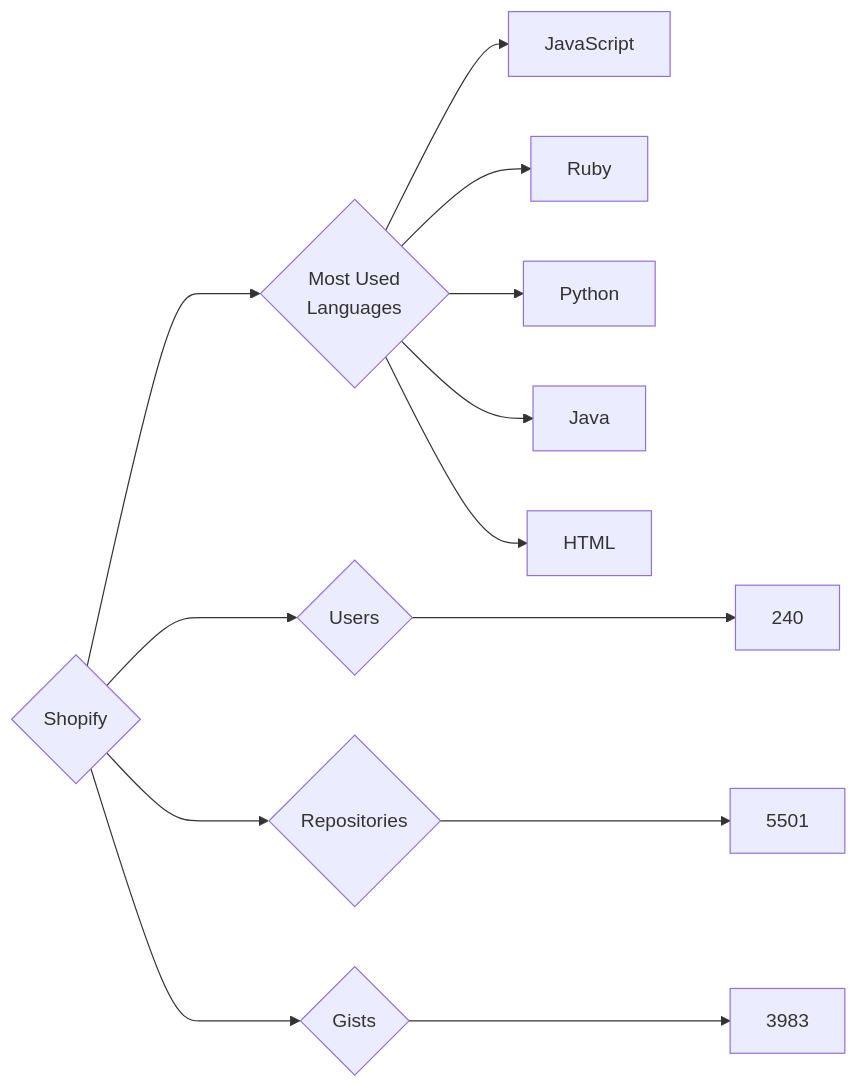
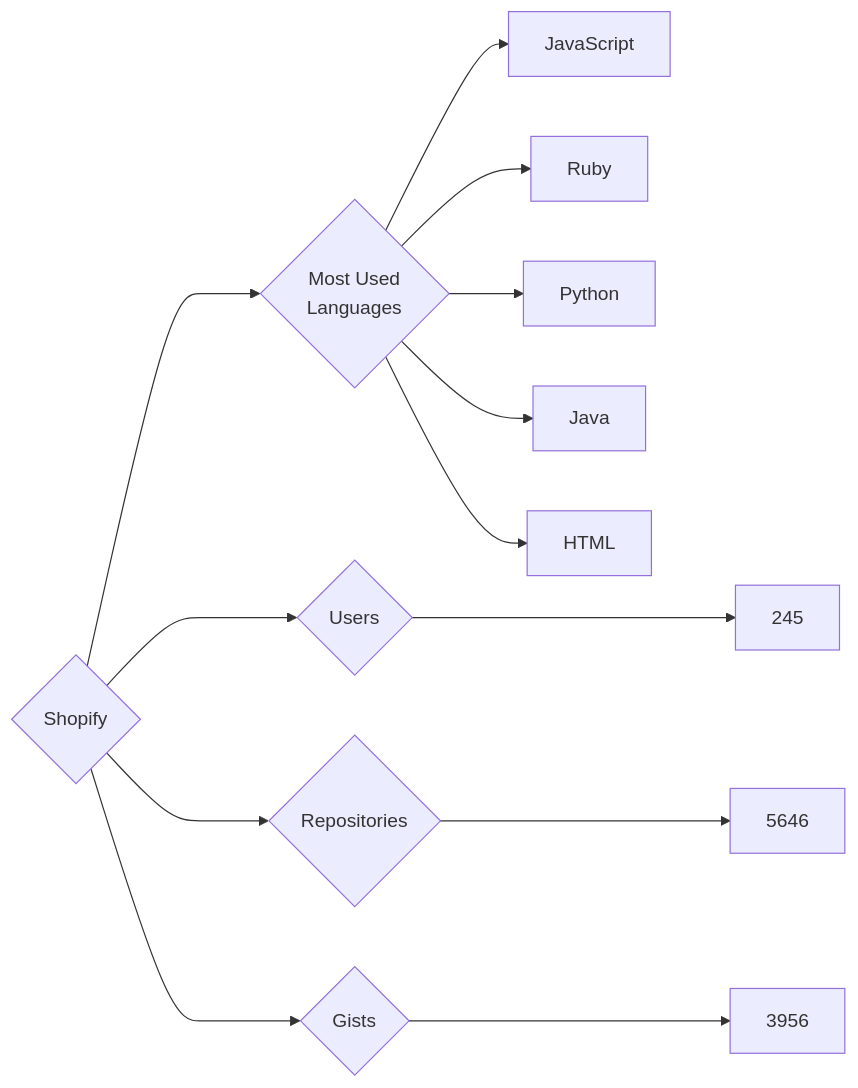
The diagram in targets/Shopify/README.md (trickest/insiders), drawn with Mermaid before and after one commit. The commit also changed 1696 other files, not shown here.

````diff
--- a/targets/Shopify/README.md
+++ b/targets/Shopify/README.md
@@ -3,13 +3,13 @@
 ```mermaid
 graph LR
 COMPANY_NAME{Shopify}
-COMPANY_NAME ---> U{Users} ---> UN[240]
-COMPANY_NAME ---> R{Repositories} ---> RN[5501]
-COMPANY_NAME ---> G{Gists} ---> GN[3983]
+COMPANY_NAME ---> U{Users} ---> UN[245]
+COMPANY_NAME ---> R{Repositories} ---> RN[5646]
+COMPANY_NAME ---> G{Gists} ---> GN[3956]
 COMPANY_NAME ---> ML{Most Used<br>Languages}
 ML --> JavaScript[JavaScript]
 ML --> Ruby[Ruby]
 ML --> Python[Python]
 ML --> Java[Java]
 ML --> HTML[HTML]
 ```
````
